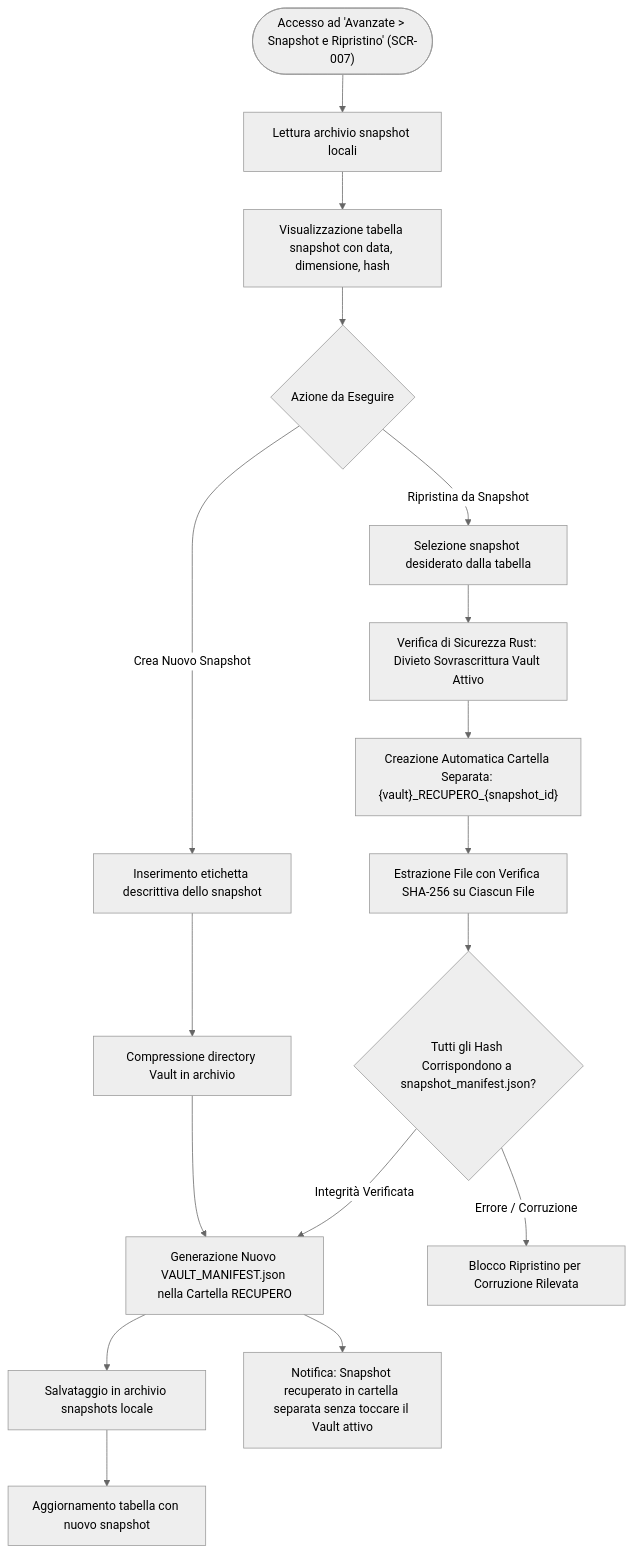
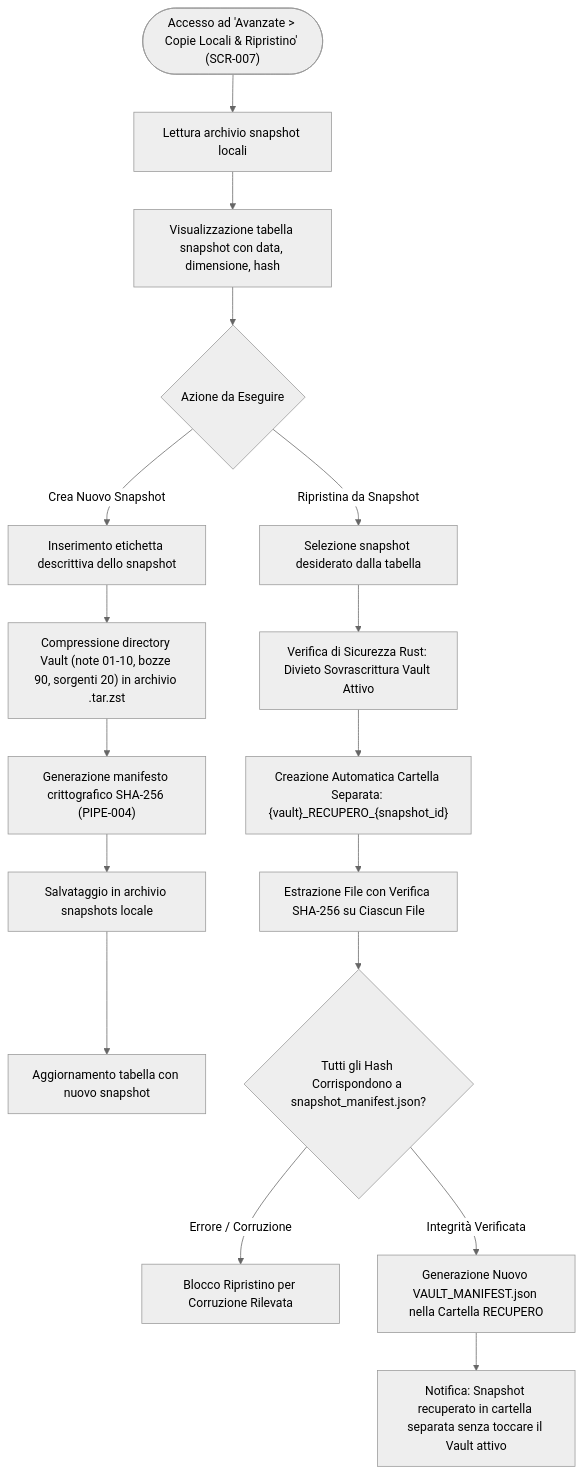
One commit to Arkai-Italia/Limen-vault changed the ninth of 18 diagrams in DOCUMENTATION_SOURCE_PACKAGE/10_EXPORT/ALL_MERMAID_SOURCES.md. Above: the diagram before and after it, drawn with Mermaid (neutral theme). The commit also changed other lines of this file and 25 other files, not shown here.

````diff
--- a/DOCUMENTATION_SOURCE_PACKAGE/10_EXPORT/ALL_MERMAID_SOURCES.md
+++ b/DOCUMENTATION_SOURCE_PACKAGE/10_EXPORT/ALL_MERMAID_SOURCES.md
@@ -348,22 +350,22 @@
 ```mermaid
 graph TD
-    Trigger(["Accesso ad 'Avanzate > Snapshot e Ripristino' (SCR-007)"]) --> FetchSnapshots["Lettura archivio snapshot locali"]
+    Trigger(["Accesso ad 'Avanzate > Copie Locali & Ripristino' (SCR-007)"]) --> FetchSnapshots["Lettura archivio snapshot locali"]
     FetchSnapshots --> DisplaySnapshots["Visualizzazione tabella snapshot con data, dimensione, hash"]
 
     DisplaySnapshots --> Choice{"Azione da Eseguire"}
 
     Choice -->|Crea Nuovo Snapshot| InputName["Inserimento etichetta descrittiva dello snapshot"]
-    InputName --> PackVault["Compressione directory Vault in archivio"]
+    InputName --> PackVault["Compressione directory Vault (note 01-10, bozze 90, sorgenti 20) in archivio .tar.zst"]
     PackVault --> GenManifest["Generazione manifesto crittografico SHA-256 (PIPE-004)"]
     GenManifest --> SaveArchive["Salvataggio in archivio snapshots locale"]
     SaveArchive --> RefreshList["Aggiornamento tabella con nuovo snapshot"]
 
     Choice -->|Ripristina da Snapshot| SelectSnapshot["Selezione snapshot desiderato dalla tabella"]
     SelectSnapshot --> SafetyCheck["Verifica di Sicurezza Rust: Divieto Sovrascrittura Vault Attivo"]
     SafetyCheck --> CreateDestDir["Creazione Automatica Cartella Separata: {vault}_RECUPERO_{snapshot_id}"]
     CreateDestDir --> ExtractFiles["Estrazione File con Verifica SHA-256 su Ciascun File"]
     ExtractFiles --> VerifyHashes{"Tutti gli Hash Corrispondono a snapshot_manifest.json?"}
     VerifyHashes -->|Errore / Corruzione| AbortRestore["Blocco Ripristino per Corruzione Rilevata"]
-    VerifyHashes -->|Integrità Verificata| GenManifest["Generazione Nuovo VAULT_MANIFEST.json nella Cartella RECUPERO"]
-    GenManifest --> SuccessToast["Notifica: Snapshot recuperato in cartella separata senza toccare il Vault attivo"]
+    VerifyHashes -->|Integrità Verificata| GenRecuperoManifest["Generazione Nuovo VAULT_MANIFEST.json nella Cartella RECUPERO"]
+    GenRecuperoManifest --> SuccessToast["Notifica: Snapshot recuperato in cartella separata senza toccare il Vault attivo"]
 ```
````
